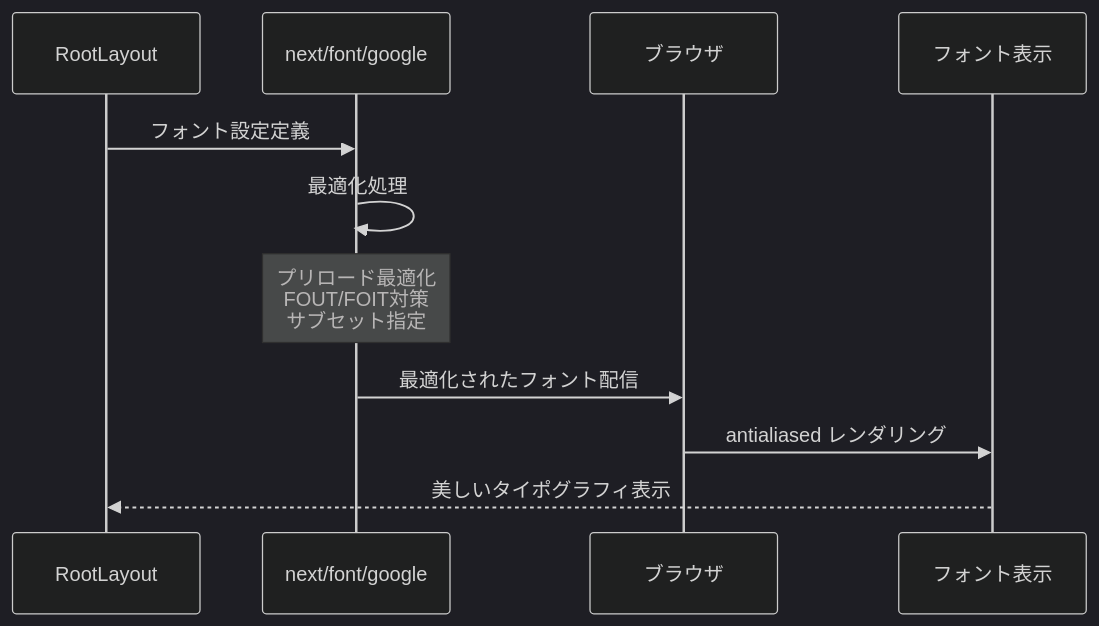
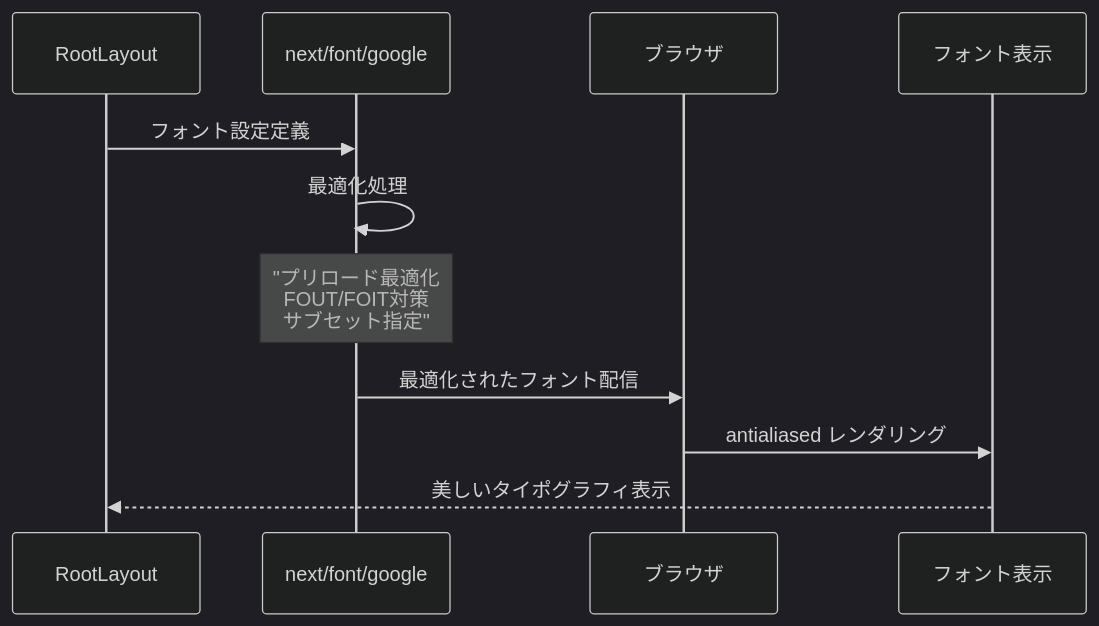
The tenth of 10 diagrams in document/pages/sequence/layout.md (wasabi49/ocs-systemDevelopmentExercises), drawn with Mermaid (dark theme) before and after one commit. The commit also changed other lines of this file and 42 other files, not shown here.

First line of the commit message:
fix: mermaidシーケンス図のNote over文でダブルクォーテーション不足を修正

````diff
--- a/document/pages/sequence/layout.md
+++ b/document/pages/sequence/layout.md
@@ -218,15 +218,15 @@
 ```mermaid
 sequenceDiagram
     participant Layout as RootLayout
     participant NextFont as next/font/google
     participant Browser as ブラウザ
     participant FontDisplay as フォント表示
 
     Layout->>NextFont: フォント設定定義
     NextFont->>NextFont: 最適化処理
-    Note over NextFont: プリロード最適化<br/>FOUT/FOIT対策<br/>サブセット指定
+    Note over NextFont: "プリロード最適化<br/>FOUT/FOIT対策<br/>サブセット指定"
     
     NextFont->>Browser: 最適化されたフォント配信
     Browser->>FontDisplay: antialiased レンダリング
     FontDisplay-->>Layout: 美しいタイポグラフィ表示
 ```
````
